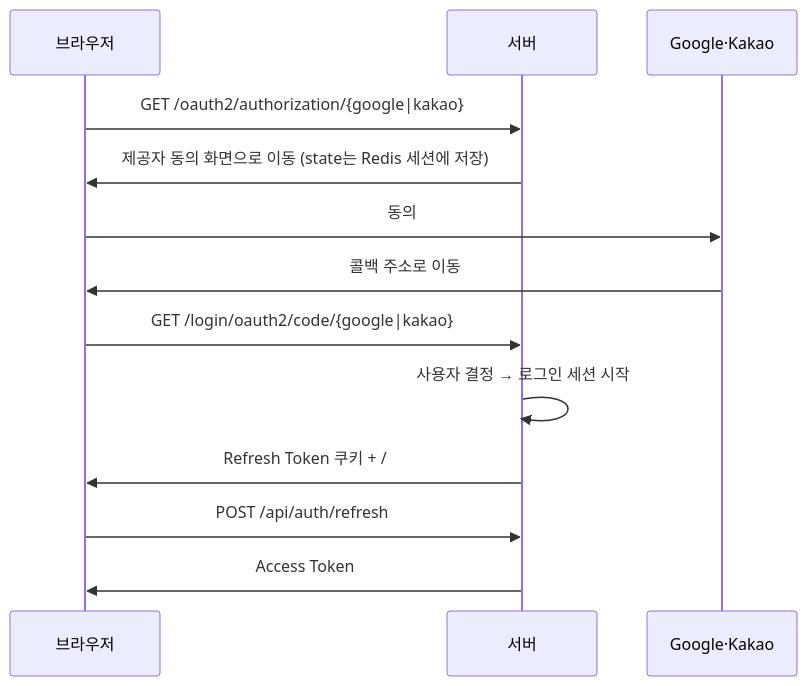
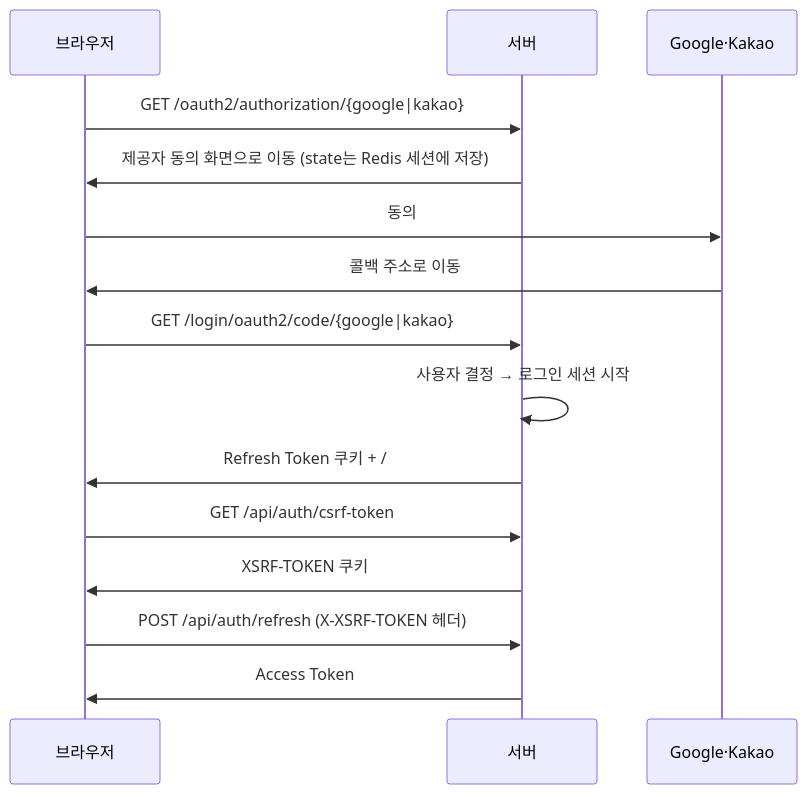
Before and after one commit to codeit-backend13-part4-team1/playlist_for_everyone: the diagram in docs/auth/06-social-login.md, drawn with Mermaid. The commit also changed other lines of this file and 1 other file, not shown here.

Commit message:
docs: 리뷰 반영 - 재발급 CSRF 단계, 제공자 토큰 보관, 롤백 절차 보완

````diff
--- a/docs/auth/06-social-login.md
+++ b/docs/auth/06-social-login.md
@@ -7,15 +7,17 @@
 ```mermaid
 sequenceDiagram
     participant B as 브라우저
     participant S as 서버
     participant P as Google·Kakao
     B->>S: GET /oauth2/authorization/{google|kakao}
     S->>B: 제공자 동의 화면으로 이동 (state는 Redis 세션에 저장)
     B->>P: 동의
     P->>B: 콜백 주소로 이동
     B->>S: GET /login/oauth2/code/{google|kakao}
     S->>S: 사용자 결정 → 로그인 세션 시작
     S->>B: Refresh Token 쿠키 + /#/contents로 이동
-    B->>S: POST /api/auth/refresh
+    B->>S: GET /api/auth/csrf-token
+    S->>B: XSRF-TOKEN 쿠키
+    B->>S: POST /api/auth/refresh (X-XSRF-TOKEN 헤더)
     S->>B: Access Token
 ```
````
